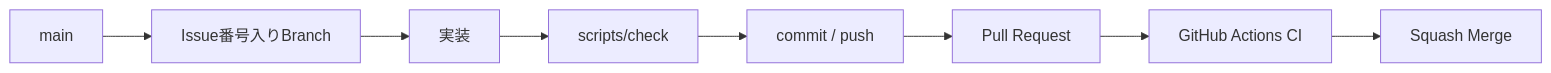
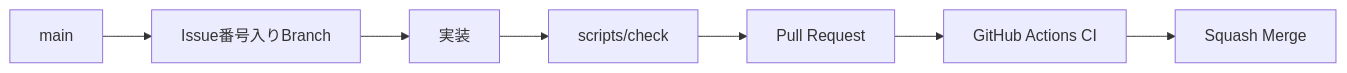
One commit to k-systems202208/python-sqlite-tailscale-webapp-template changed the fourth of 4 diagrams in GETTING-STARTED.md. Above: the diagram before and after it, drawn with Mermaid. The commit also changed other lines of this file and 26 other files, not shown here.

````diff
--- a/GETTING-STARTED.md
+++ b/GETTING-STARTED.md
@@ -347,10 +269,9 @@
 ```mermaid
 flowchart LR
     M["main"] --> F["Issue番号入りBranch"]
     F --> I["実装"]
     I --> C["scripts/check"]
-    C --> P["commit / push"]
-    P --> R["Pull Request"]
+    C --> R["Pull Request"]
     R --> G["GitHub Actions CI"]
     G --> X["Squash Merge"]
 ```
````
